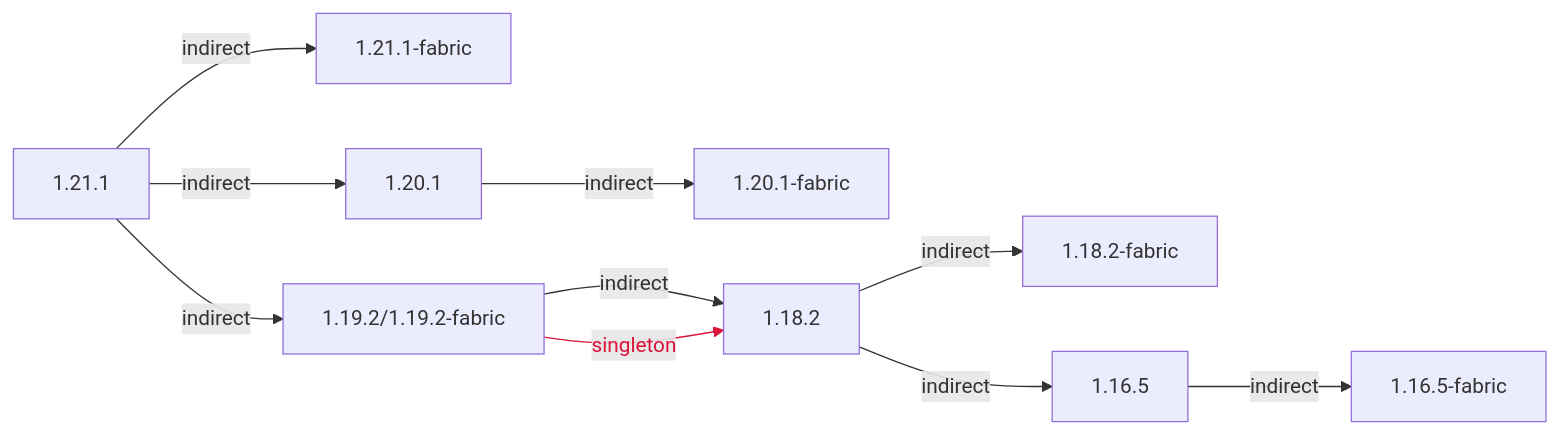
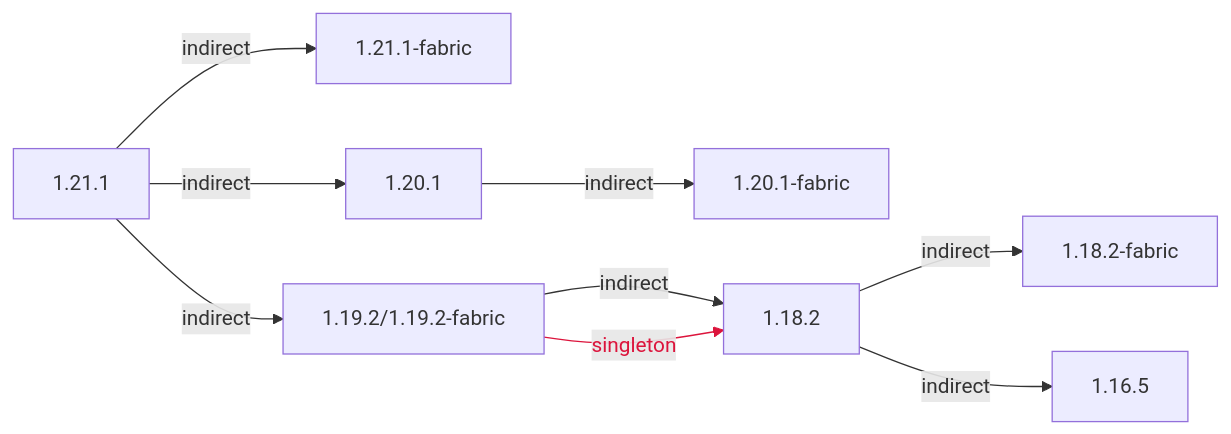
One commit to CFPAOrg/Minecraft-Mod-Language-Package changed the diagram in projects/1.21/assets/macaws-furniture/mcwfurnitures/README.md. Above: the diagram before and after it, drawn with Mermaid. The commit also changed other lines of this file and 49 other files, not shown here.

````diff
--- a/projects/1.21/assets/macaws-furniture/mcwfurnitures/README.md
+++ b/projects/1.21/assets/macaws-furniture/mcwfurnitures/README.md
@@ -3,10 +3,10 @@
 ```mermaid
 flowchart LR
     1.21.1 -->|indirect| 1.21.1-fabric
     1.20.1 -->|indirect| 1.20.1-fabric
     1.21.1 -->|indirect| 1.19.2/1.19.2-fabric -->|indirect| 1.18.2 -->|indirect| 1.18.2-fabric
     1.19.2/1.19.2-fabric -->|singleton| 1.18.2
-    1.18.2 -->|indirect| 1.16.5 -->|indirect| 1.16.5-fabric
+    1.18.2 -->|indirect| 1.16.5
     1.21.1 -->|indirect| 1.20.1
     linkStyle 5 color:crimson,stroke:crimson
 ```
````
